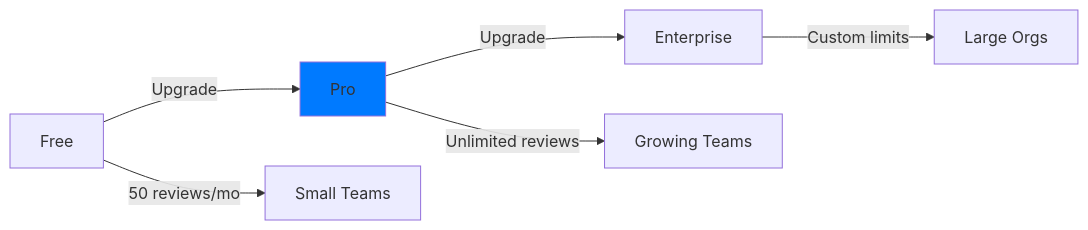
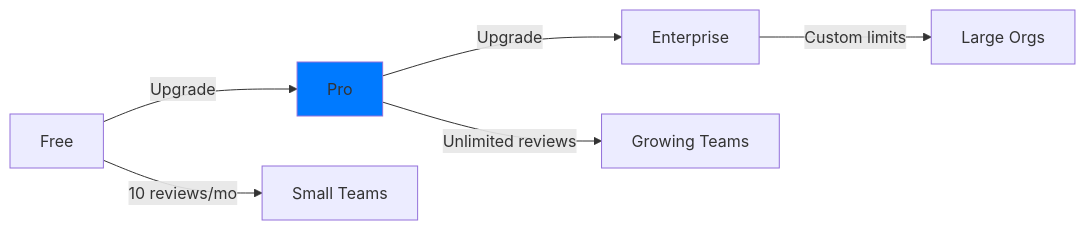
Before and after one commit to piyushrai02/mesraidoc: the diagram in pages/billing/subscription-model.mdx, drawn with Mermaid. The commit also changed other lines of this file and 50 other files, not shown here.

````diff
--- a/pages/billing/subscription-model.mdx
+++ b/pages/billing/subscription-model.mdx
@@ -16,11 +16,11 @@
 ```mermaid
 graph LR
     A[Free] -->|Upgrade| B[Pro]
     B -->|Upgrade| C[Enterprise]
-    
-    A -->|50 reviews/mo| A1[Small Teams]
+
+    A -->|10 reviews/mo| A1[Small Teams]
     B -->|Unlimited reviews| B1[Growing Teams]
     C -->|Custom limits| C1[Large Orgs]
-    
+
     style B fill:#007AFF
 ```
````
